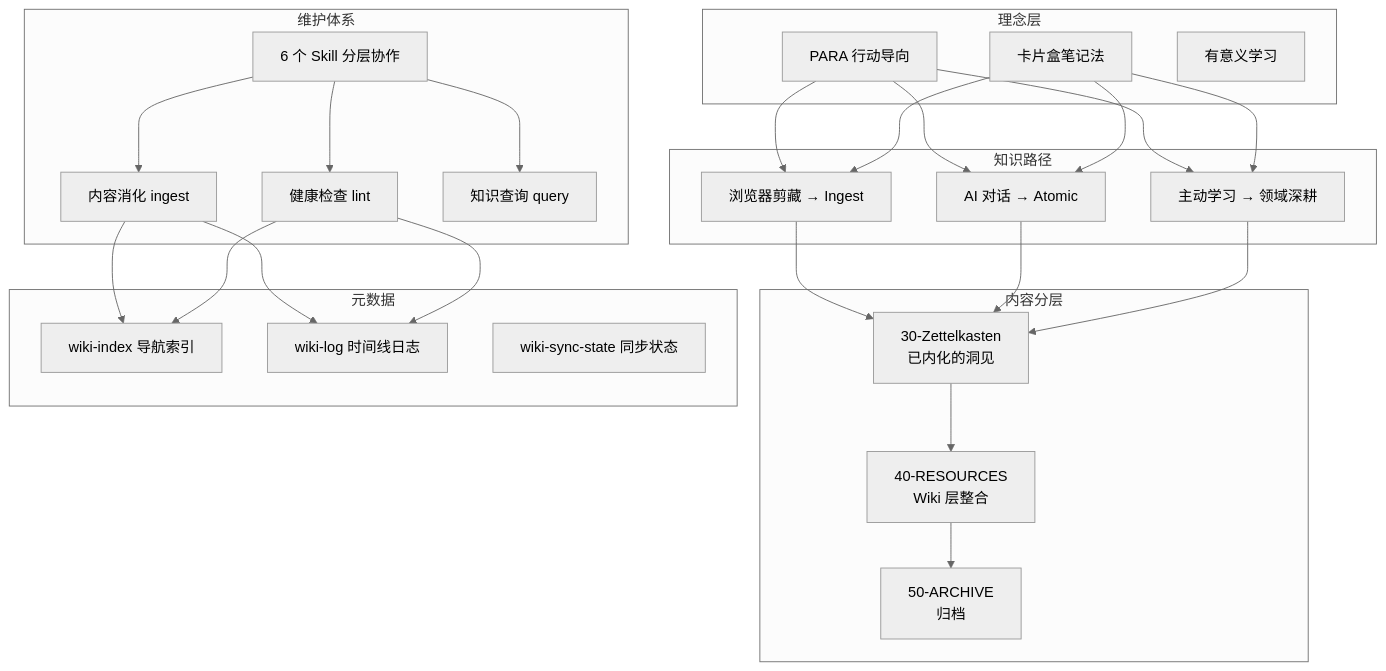
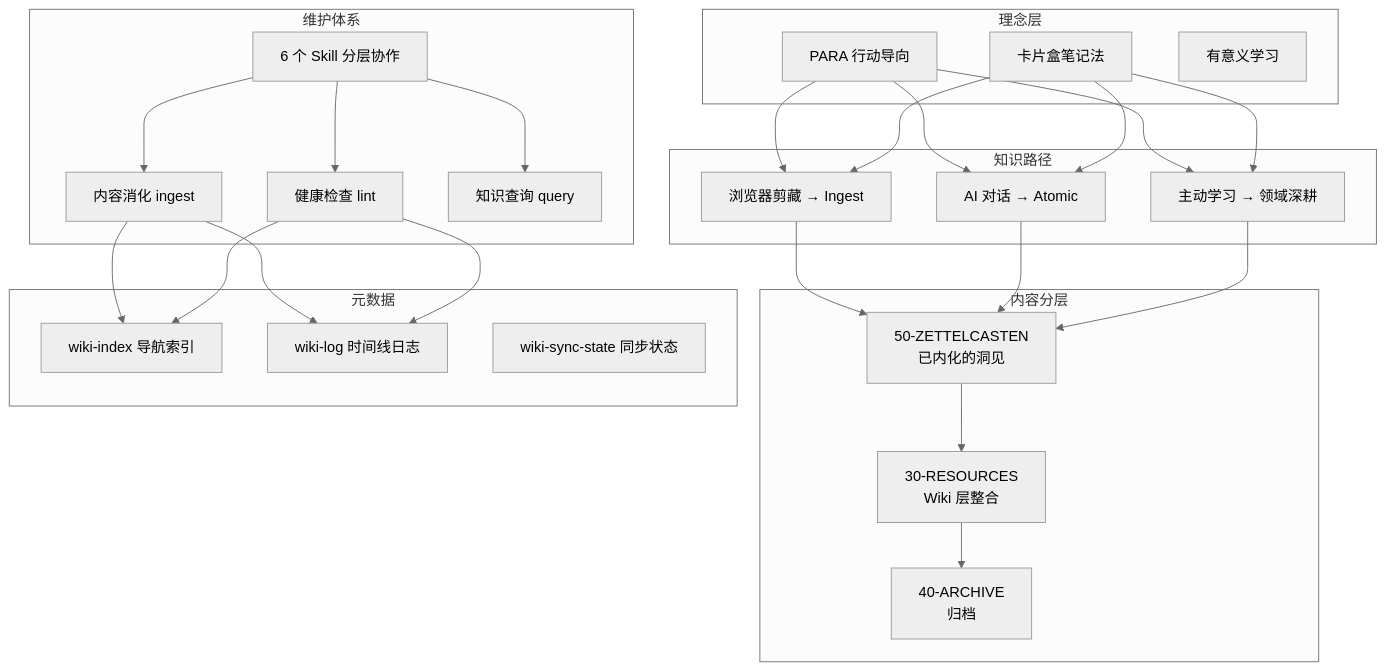
One commit to pedyc/dg.pedyc changed the diagram in content/00-META/Guide/本库指南.md. Above: the diagram before and after it, drawn with Mermaid (neutral theme). The commit also changed other lines of this file and 1023 other files, not shown here.

````diff
--- a/content/00-META/Guide/本库指南.md
+++ b/content/00-META/Guide/本库指南.md
@@ -179,39 +180,39 @@
 ```mermaid
 flowchart TB
     subgraph 理念层
         PARA[PARA 行动导向]
         ZK[卡片盒笔记法]
         ML[有意义学习]
     end
 
     subgraph 知识路径
         PATH1[浏览器剪藏 → Ingest]
         PATH2[AI 对话 → Atomic]
         PATH3[主动学习 → 领域深耕]
     end
 
     subgraph 内容分层
-        RAW[30-Zettelkasten<br/>已内化的洞见]
-        WIKI[40-RESOURCES<br/>Wiki 层整合]
-        ARCHIVE[50-ARCHIVE<br/>归档]
+        RAW[50-ZETTELCASTEN<br/>已内化的洞见]
+        WIKI[30-RESOURCES<br/>Wiki 层整合]
+        ARCHIVE[40-ARCHIVE<br/>归档]
     end
 
     subgraph 维护体系
         SKILL[6 个 Skill 分层协作]
         LINT[健康检查 lint]
         INGEST[内容消化 ingest]
         QUERY[知识查询 query]
     end
 
     subgraph 元数据
         INDEX[wiki-index 导航索引]
         LOG[wiki-log 时间线日志]
         STATE[wiki-sync-state 同步状态]
     end
 
     PARA --> PATH1 & PATH2 & PATH3
     ZK --> PATH1 & PATH2 & PATH3
     PATH1 & PATH2 & PATH3 --> RAW --> WIKI --> ARCHIVE
     SKILL --> INGEST & LINT & QUERY
     INGEST & LINT --> INDEX & LOG
 ```
````
